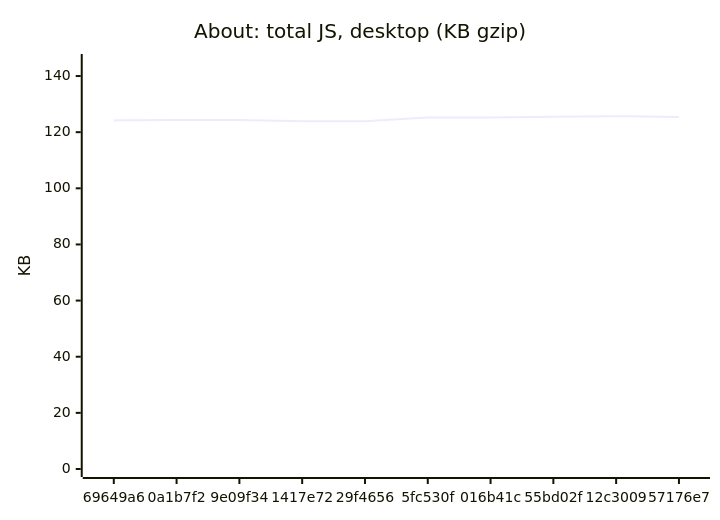
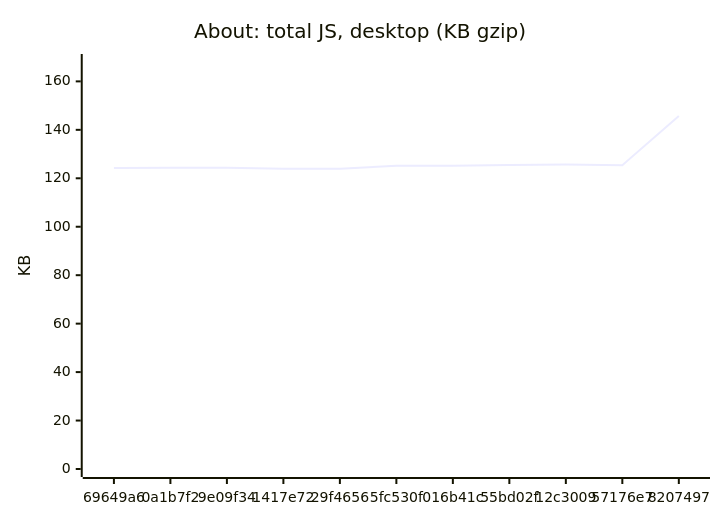
The fifth of 18 diagrams in README.md (AxelUser/maltsev.space), drawn with Mermaid before and after one commit. The commit also changed other lines of this file and 1 other file, not shown here.

````diff
--- a/README.md
+++ b/README.md
@@ -71,7 +71,7 @@
 ```mermaid
 xychart-beta
   title "About: total JS, desktop (KB gzip)"
-  x-axis ["69649a6", "0a1b7f2", "9e09f34", "1417e72", "29f4656", "5fc530f", "016b41c", "55bd02f", "12c3009", "57176e7"]
-  y-axis "KB" 0 --> 145
-  line [124.2, 124.3, 124.3, 123.9, 123.9, 125.2, 125.2, 125.5, 125.7, 125.4]
+  x-axis ["69649a6", "0a1b7f2", "9e09f34", "1417e72", "29f4656", "5fc530f", "016b41c", "55bd02f", "12c3009", "57176e7", "8207497"]
+  y-axis "KB" 0 --> 168
+  line [124.2, 124.3, 124.3, 123.9, 123.9, 125.2, 125.2, 125.5, 125.7, 125.4, 145.7]
 ```
````
